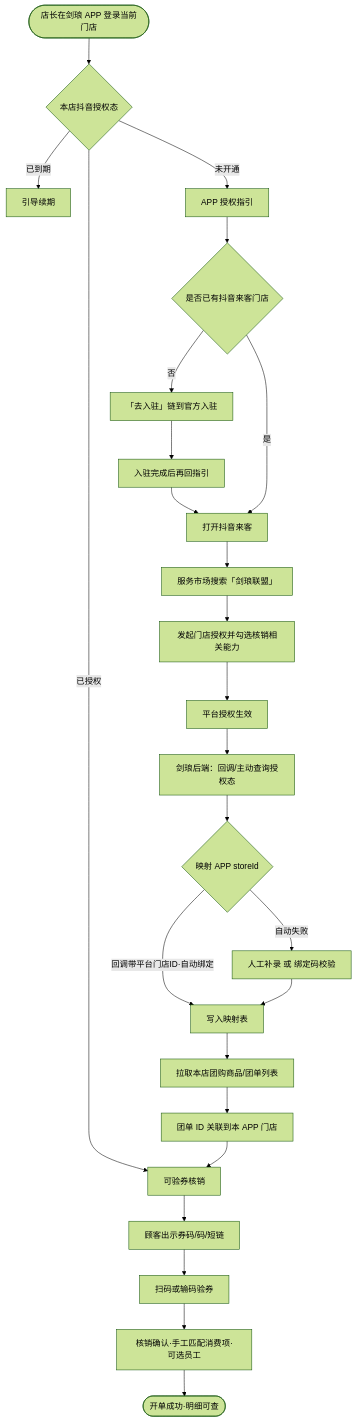
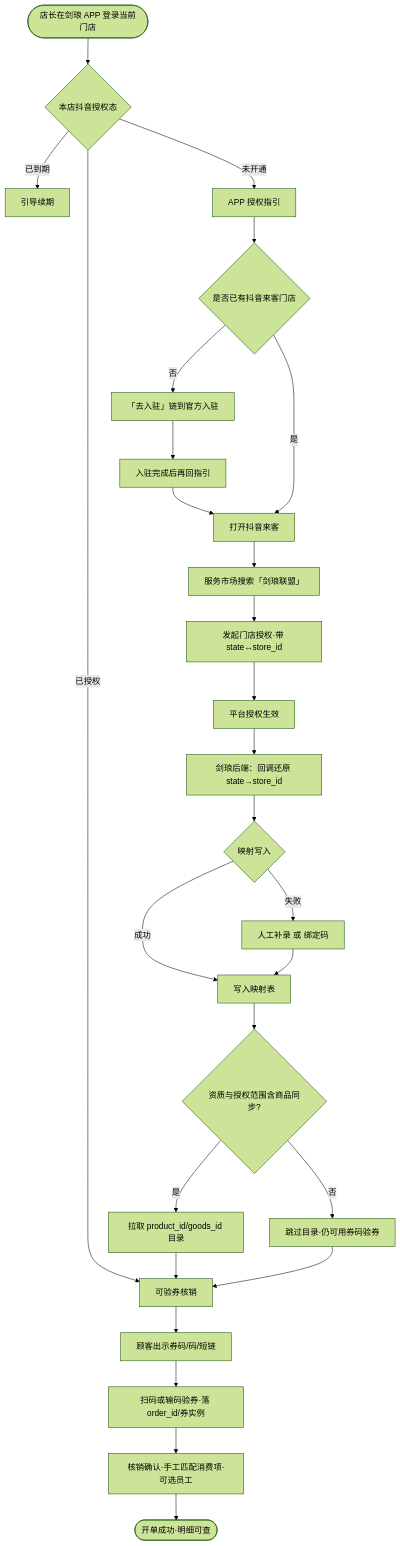
The third of 5 diagrams in PRD-团购核销.md (XDean-Designer/tiktok), drawn with Mermaid (forest theme) before and after one commit. The commit also changed other lines of this file and 4 other files, not shown here.

````diff
--- a/PRD-团购核销.md
+++ b/PRD-团购核销.md
@@ -964,29 +976,31 @@
 ```mermaid
 flowchart TD
   S0([店长在剑琅 APP 登录当前门店]) --> S1{本店抖音授权态}
   S1 -->|已授权| S9[可验券核销]
   S1 -->|已到期| S2[引导续期]
   S1 -->|未开通| S3[APP 授权指引]
 
   S3 --> S4{是否已有抖音来客门店}
   S4 -->|否| S4a[「去入驻」链到官方入驻]
   S4a --> S4b[入驻完成后再回指引]
   S4b --> S5
   S4 -->|是| S5[打开抖音来客]
 
   S5 --> S6[服务市场搜索「剑琅联盟」]
-  S6 --> S7[发起门店授权并勾选核销相关能力]
+  S6 --> S7[发起门店授权·带 state↔store_id]
   S7 --> S8[平台授权生效]
-  S8 --> B1[剑琅后端：回调/主动查询授权态]
-  B1 --> B2{映射 APP storeId}
-  B2 -->|回调带平台门店ID·自动绑定| B3[写入映射表]
-  B2 -->|自动失败| B4[人工补录 或 绑定码校验]
+  S8 --> B1[剑琅后端：回调还原 state→store_id]
+  B1 --> B2{映射写入}
+  B2 -->|成功| B3[写入映射表]
+  B2 -->|失败| B4[人工补录 或 绑定码]
   B4 --> B3
-  B3 --> B5[拉取本店团购商品/团单列表]
-  B5 --> B6[团单 ID 关联到本 APP 门店]
+  B3 --> B5{资质与授权范围含商品同步?}
+  B5 -->|是| B6[拉取 product_id/goods_id 目录]
+  B5 -->|否| B7[跳过目录·仍可用券码验券]
   B6 --> S9
+  B7 --> S9
   S9 --> S10[顾客出示券码/码/短链]
-  S10 --> S11[扫码或输码验券]
+  S10 --> S11[扫码或输码验券·落 order_id/券实例]
   S11 --> S12[核销确认·手工匹配消费项·可选员工]
   S12 --> S13([开单成功·明细可查])
 ```
````
